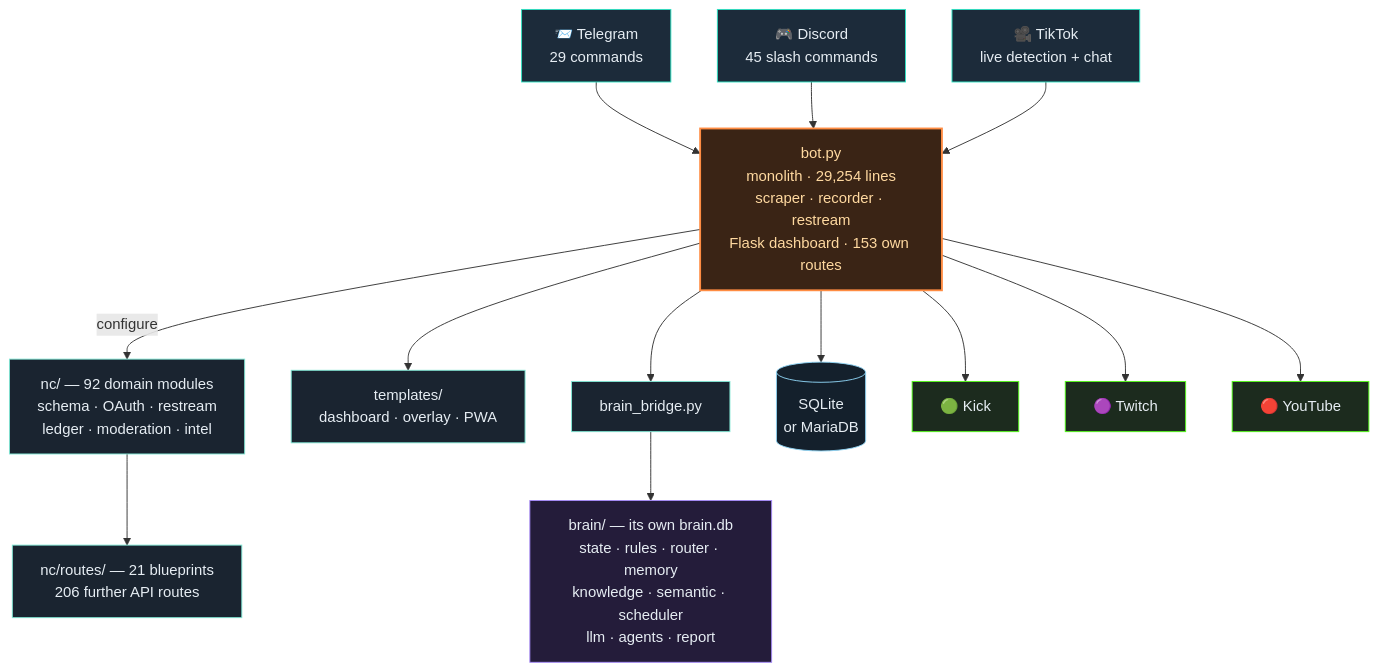
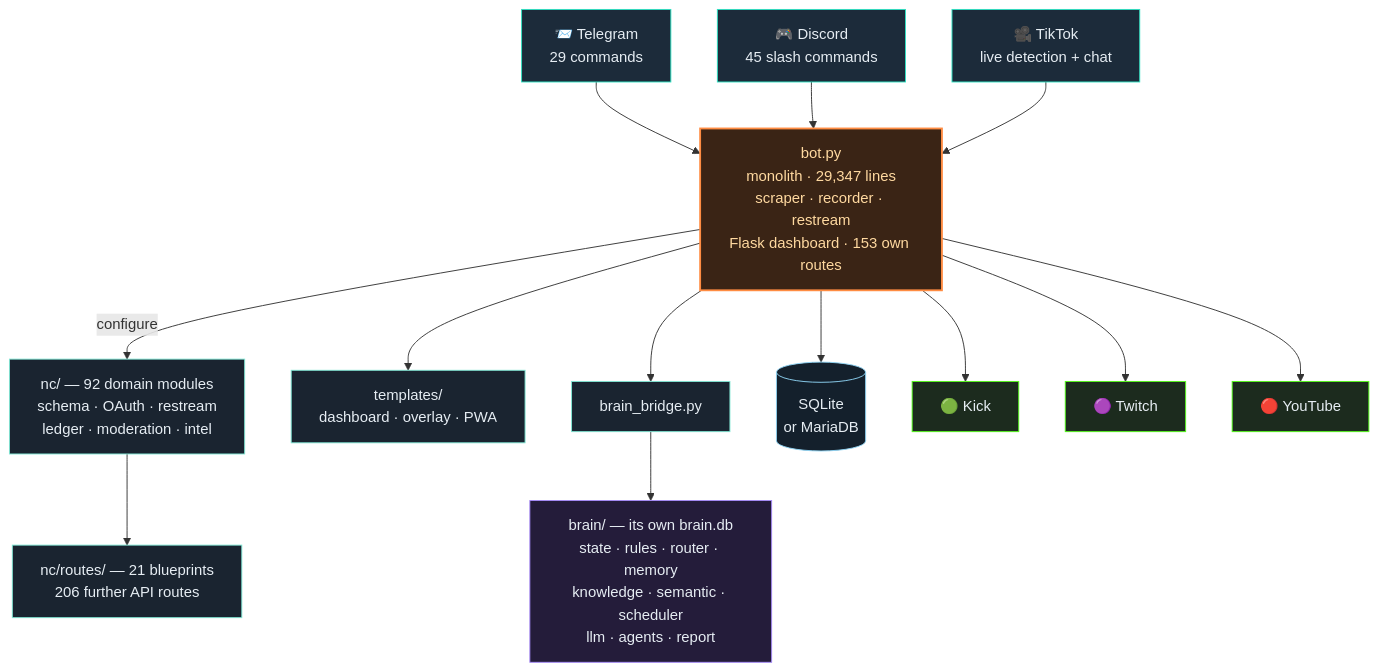
One commit to itsamemedev/Telegram-Stream-Info-Bot changed the third of 4 diagrams in README.en.md. Above: the diagram before and after it, drawn with Mermaid. The commit also changed other lines of this file and 17 other files, not shown here.

````diff
--- a/README.en.md
+++ b/README.en.md
@@ -190,30 +190,30 @@
 ```mermaid
 flowchart TB
     TG["📨 Telegram<br/>29 commands"]:::ein
     DC["🎮 Discord<br/>45 slash commands"]:::ein
     TT["🎥 TikTok<br/>live detection + chat"]:::ein
 
     TG --> BOT
     DC --> BOT
     TT --> BOT
 
-    BOT["bot.py<br/>monolith · 29,254 lines<br/>scraper · recorder · restream<br/>Flask dashboard · 153 own routes"]:::core
+    BOT["bot.py<br/>monolith · 29,347 lines<br/>scraper · recorder · restream<br/>Flask dashboard · 153 own routes"]:::core
 
     BOT -->|configure| NC["nc/ — 92 domain modules<br/>schema · OAuth · restream<br/>ledger · moderation · intel"]:::lib
     NC --> RT["nc/routes/ — 21 blueprints<br/>206 further API routes"]:::lib
     BOT --> TPL["templates/<br/>dashboard · overlay · PWA"]:::lib
     BOT --> BR["brain_bridge.py"]:::lib
     BR --> BRAIN["brain/ — its own brain.db<br/>state · rules · router · memory<br/>knowledge · semantic · scheduler<br/>llm · agents · report"]:::brain
     BOT --> DB[("SQLite<br/>or MariaDB")]:::db
 
     BOT --> KICK["🟢 Kick"]:::out
     BOT --> TW["🟣 Twitch"]:::out
     BOT --> YT["🔴 YouTube"]:::out
 
     classDef ein fill:#1c2b3a,stroke:#2de1c2,color:#e6edf3
     classDef core fill:#3a2415,stroke:#ff8c42,stroke-width:2px,color:#ffd9a0
     classDef lib fill:#1a2430,stroke:#7fe7d4,color:#e6edf3
     classDef brain fill:#241c3a,stroke:#a78bfa,color:#e6edf3
     classDef db fill:#14202c,stroke:#8fd3f4,color:#e6edf3
     classDef out fill:#1c2b1e,stroke:#53fc18,color:#e6edf3
 ```
````
